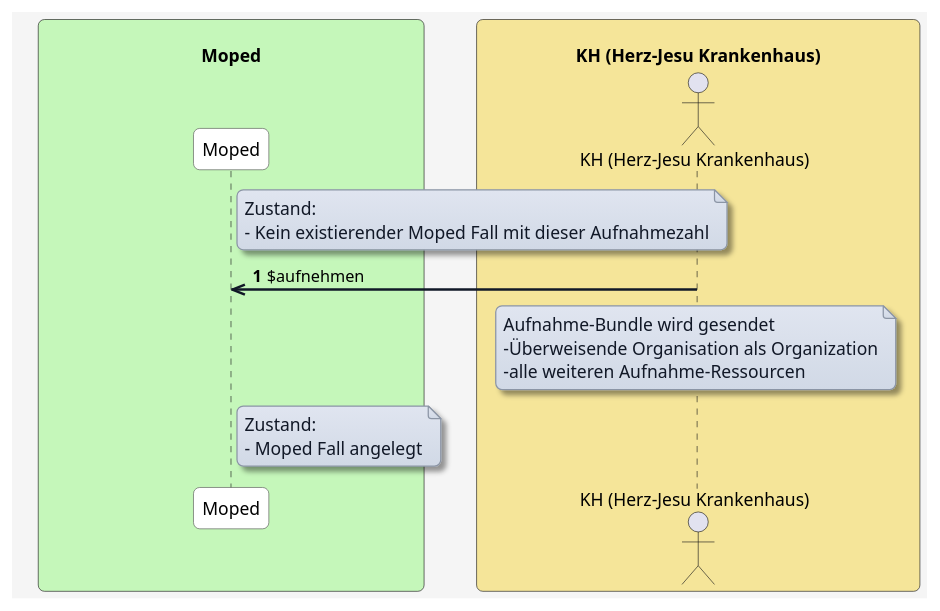
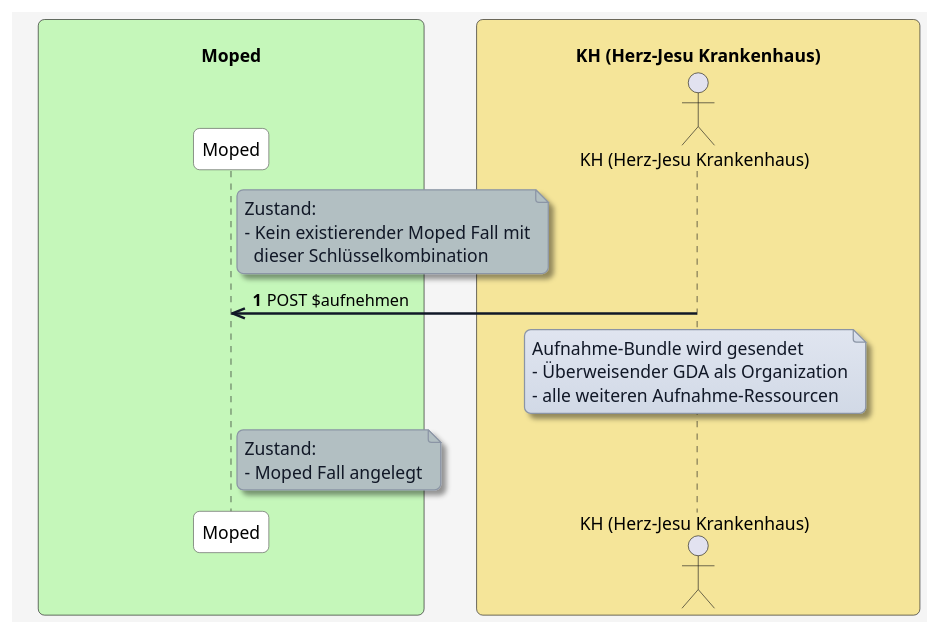
Before and after one commit to HL7Austria/ELGA-MOPED-R5: the diagram in input/images-source/aufnehmen-ueberweisung.plantuml, drawn with PlantUML. The commit also changed 9 other files, not shown here.

```diff
--- a/input/images-source/aufnehmen-ueberweisung.plantuml
+++ b/input/images-source/aufnehmen-ueberweisung.plantuml
@@ -1,67 +1,73 @@
 @startuml
 skinparam borderColor #000000
 skinparam backgroundColor #f5f5f5
 skinparam shadowing false
 skinparam roundCorner 10
 skinparam defaultFontName "Arial"
 skinparam defaultFontSize 14
 skinparam defaultFontColor #000000
 
 skinparam note {
   BackgroundColor #e0e5f0-#d1d9e6
   BorderColor #8b95a5
   BorderThickness 1
   RoundCorner 8
   Padding 6
   FontColor #111827
   Shadowing true
 }
 
 skinparam HyperlinkColor #0000EE
 skinparam HyperlinkUnderline false
 
 skinparam sequence {
   ParticipantBorderColor #555555
   ParticipantBackgroundColor #ffffff
   ParticipantFontColor #000000
   ParticipantFontSize 14
   ParticipantPadding 20
   ArrowColor #111827
   ArrowThickness 2
   ArrowFontColor #000000
   ArrowFontSize 13
   GroupBorderColor #111827
   GroupBackgroundColor #f3f4f6
   GroupBorderThickness 1
 }
 
 skinparam BoxPadding 20
 skinparam BoxBorderColor #555555
 
 box "\n                                   Moped                                   " #c5f7ba
   participant MP as "Moped"
 end box
 
 box "\n                     KH (Herz-Jesu Krankenhaus)                     " #f5e599
   actor KH as "KH (Herz-Jesu Krankenhaus)"
 end box
 
 
 autonumber
 
 autonumber
 
-note right of MP
+note right of MP #b2bfc2
 Zustand:
-- Kein existierender Moped Fall mit dieser Aufnahmezahl
+- Kein existierender Moped Fall mit
+  dieser Schlüsselkombination
 end note
 
-KH ->> MP: $aufnehmen
-Note over KH: Aufnahme-Bundle wird gesendet\n-Überweisende Organisation als Organization\n-alle weiteren Aufnahme-Ressourcen
+KH ->> MP: POST $aufnehmen
 
-note right of MP
+note over KH
+Aufnahme-Bundle wird gesendet
+- Überweisender GDA als Organization
+- alle weiteren Aufnahme-Ressourcen
+end note
+
+note right of MP #b2bfc2
 Zustand:
 - Moped Fall angelegt
 end note
 
 @enduml
```
